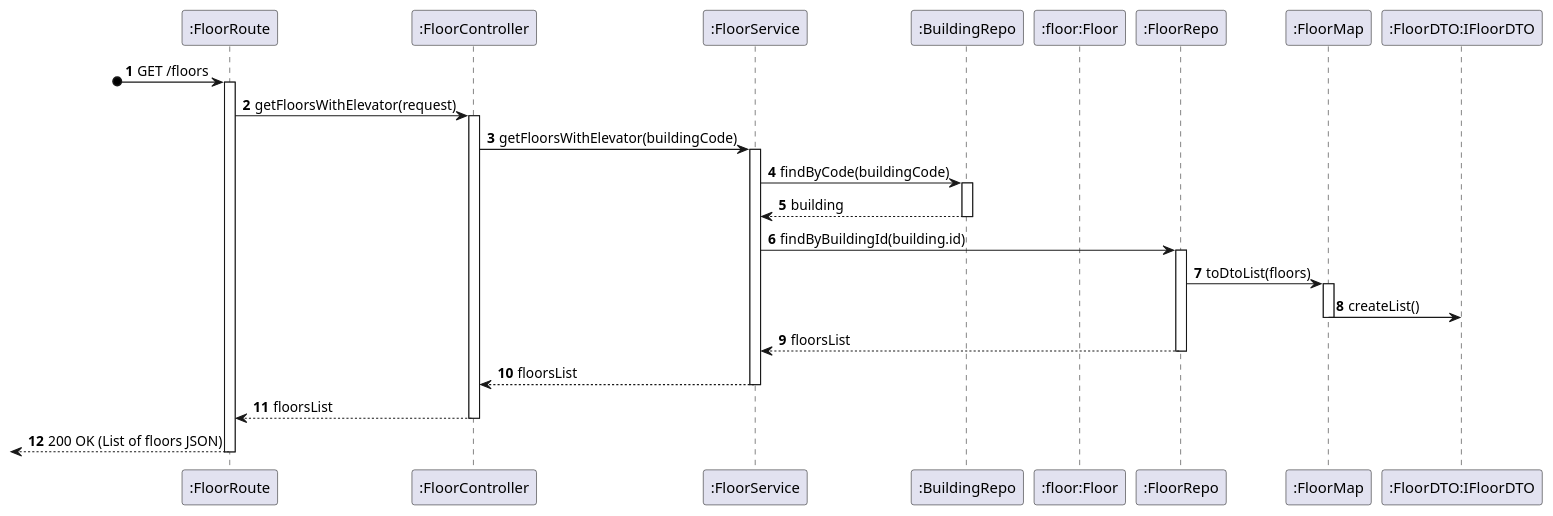
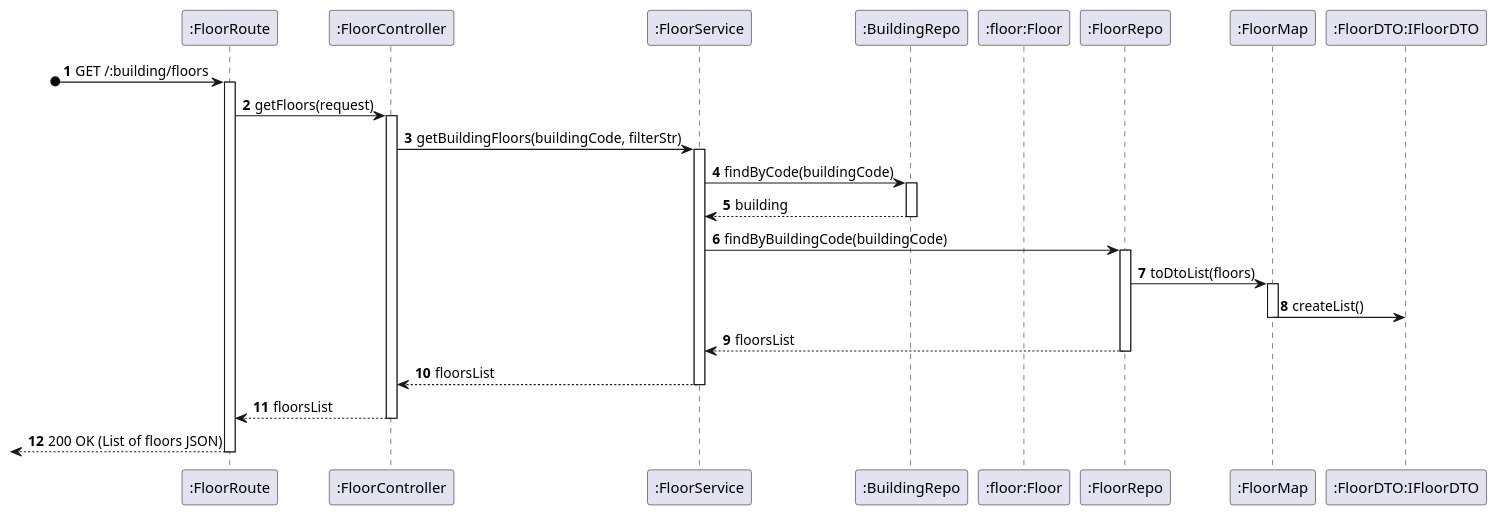
Before and after one commit to miseEnPlace-dev/lapr5: the diagram in _wiki/sprint-a/us16-300/views/level-3/process-view.puml, drawn with PlantUML. The commit also changed 2 other files, not shown here.

```diff
--- a/_wiki/sprint-a/us16-300/views/level-3/process-view.puml
+++ b/_wiki/sprint-a/us16-300/views/level-3/process-view.puml
@@ -1,38 +1,38 @@
 @startuml process-view
 autonumber
 participant ROUTE as ":FloorRoute"
 participant CTRL as ":FloorController"
 participant SRV as ":FloorService"
 participant REPOBUILDING as ":BuildingRepo"
 participant FLOOR as ":floor:Floor"
 participant REPO as ":FloorRepo"
 participant MAP as ":FloorMap"
 participant DTO as ":FloorDTO:IFloorDTO"
 
-?o-> ROUTE : GET /floors
+?o-> ROUTE : GET /:building/floors
 activate ROUTE
 
-ROUTE -> CTRL : getFloorsWithElevator(request)
+ROUTE -> CTRL : getFloors(request)
 activate CTRL
-CTRL -> SRV : getFloorsWithElevator(buildingCode)
+CTRL -> SRV : getBuildingFloors(buildingCode, filterStr)
 activate SRV
 SRV -> REPOBUILDING : findByCode(buildingCode)
 activate REPOBUILDING
 REPOBUILDING --> SRV : building
 deactivate REPOBUILDING
-SRV -> REPO : findByBuildingId(building.id)
+SRV -> REPO : findByBuildingCode(buildingCode)
 activate REPO
 REPO -> MAP : toDtoList(floors)
 activate MAP
 MAP -> DTO : createList()
 deactivate MAP
 REPO --> SRV : floorsList
 deactivate REPO
 SRV --> CTRL : floorsList
 deactivate SRV
 CTRL --> ROUTE : floorsList
 deactivate CTRL
 <-- ROUTE : 200 OK (List of floors JSON)
 deactivate ROUTE
 
 @enduml
```
